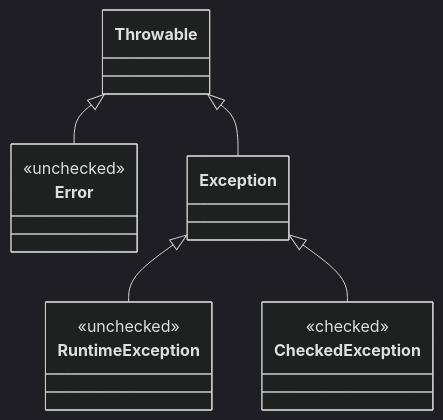
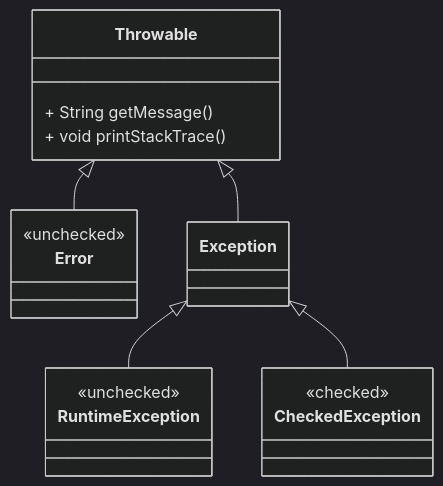
The diagram in slides/E5.1 - Java Exceptions.md (nbicocchi/learn-java-core), drawn with Mermaid (dark theme) before and after one commit. The commit also changed other lines of this file, not shown here.

````diff
--- a/slides/E5.1 - Java Exceptions.md
+++ b/slides/E5.1 - Java Exceptions.md
@@ -195,21 +150,23 @@
 ```mermaid
 classDiagram
   class Throwable {
+    + String getMessage()
+    + void printStackTrace()
   }
   
   class CheckedException {
     <<checked>>
   }
 
   class RuntimeException {
     <<unchecked>>
   }
 
   class Error {
     <<unchecked>>
   }
     Throwable <|-- Error
     Throwable <|-- Exception
     Exception <|-- RuntimeException
     Exception <|-- CheckedException
 ```
````
